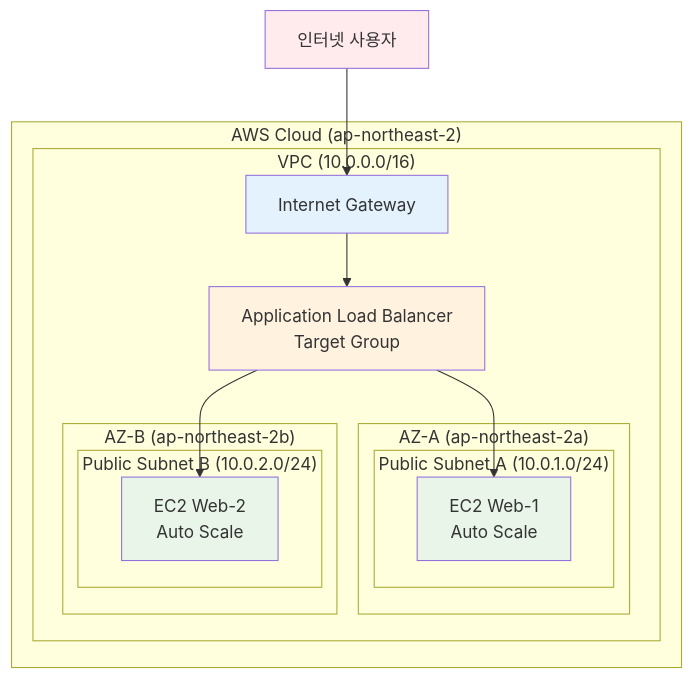
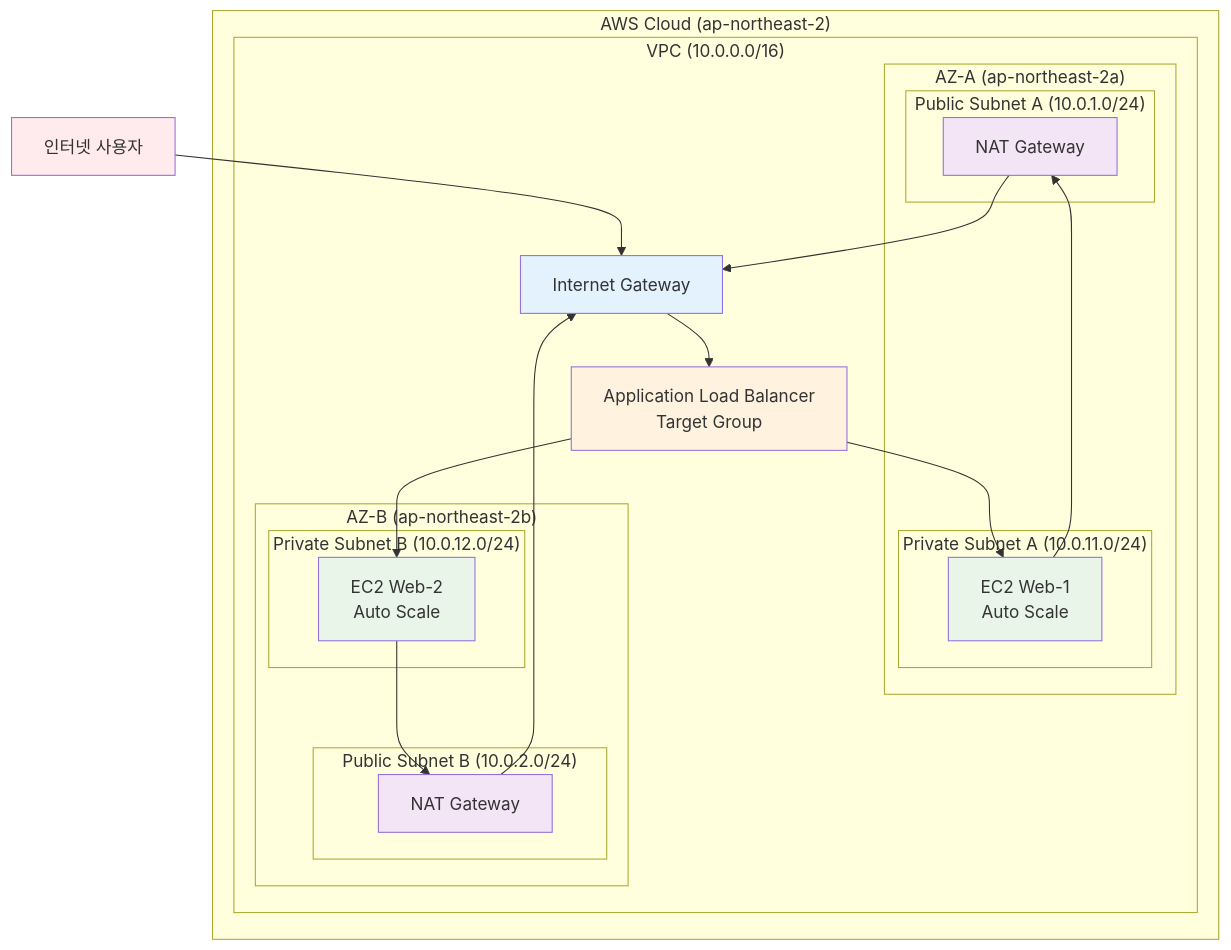
The diagram in theory/week_05/day4/lab_1.md (niceguy61/kdt_devops_lecture_2025), drawn with Mermaid before and after one commit. The commit also changed other lines of this file, not shown here.

````diff
--- a/theory/week_05/day4/lab_1.md
+++ b/theory/week_05/day4/lab_1.md
@@ -27,32 +27,44 @@
 ```mermaid
 graph TB
     subgraph "AWS Cloud (ap-northeast-2)"
         subgraph "VPC (10.0.0.0/16)"
             subgraph "AZ-A (ap-northeast-2a)"
                 subgraph "Public Subnet A (10.0.1.0/24)"
+                    NATGW[NAT Gateway]
+                end
+                subgraph "Private Subnet A (10.0.11.0/24)"
                     EC2A[EC2 Web-1<br/>Auto Scale]
                 end
             end
             
             subgraph "AZ-B (ap-northeast-2b)"
                 subgraph "Public Subnet B (10.0.2.0/24)"
+                    NATGW2[NAT Gateway]
+                end
+                subgraph "Private Subnet B (10.0.12.0/24)"
                     EC2B[EC2 Web-2<br/>Auto Scale]
                 end
             end
             
             ALB[Application Load Balancer<br/>Target Group]
             IGW[Internet Gateway]
         end
     end
     
     Users[인터넷 사용자] --> IGW
     IGW --> ALB
     ALB --> EC2A
     ALB --> EC2B
+    EC2A --> NATGW
+    EC2B --> NATGW2
+    NATGW --> IGW
+    NATGW2 --> IGW
     
     style EC2A fill:#e8f5e8
     style EC2B fill:#e8f5e8
     style ALB fill:#fff3e0
     style IGW fill:#e3f2fd
+    style NATGW fill:#f3e5f5
+    style NATGW2 fill:#f3e5f5
     style Users fill:#ffebee
 ```
````
